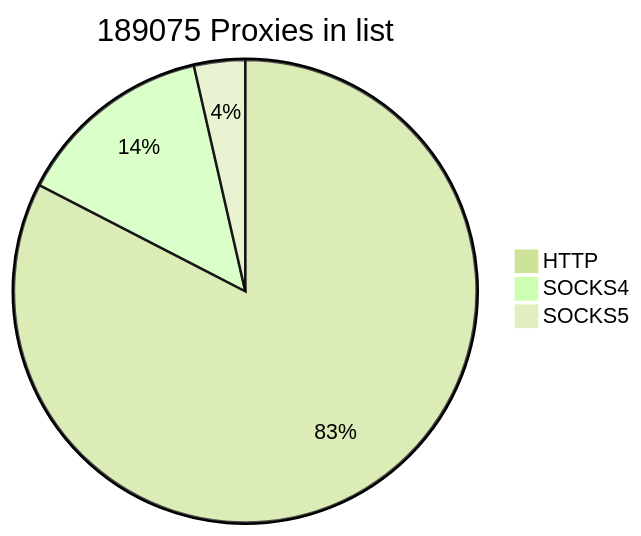
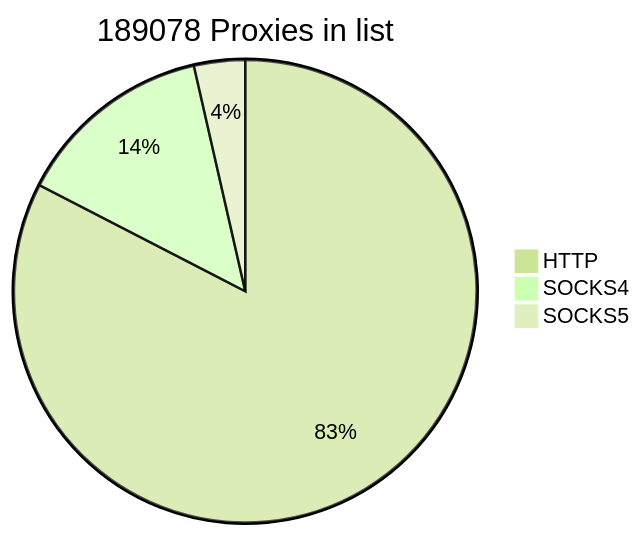
The first of 2 diagrams in README.md (cutipu/proxylist), drawn with Mermaid (forest theme) before and after one commit. The commit also changed other lines of this file, not shown here.

````diff
--- a/README.md
+++ b/README.md
@@ -9,7 +9,7 @@
 ```mermaid
-pie title 189075 Proxies in list
-    "HTTP" : 156133
+pie title 189078 Proxies in list
+    "HTTP" : 156135
     "SOCKS4" : 26196
-    "SOCKS5" : 6746
+    "SOCKS5" : 6747
             
 ```
````
